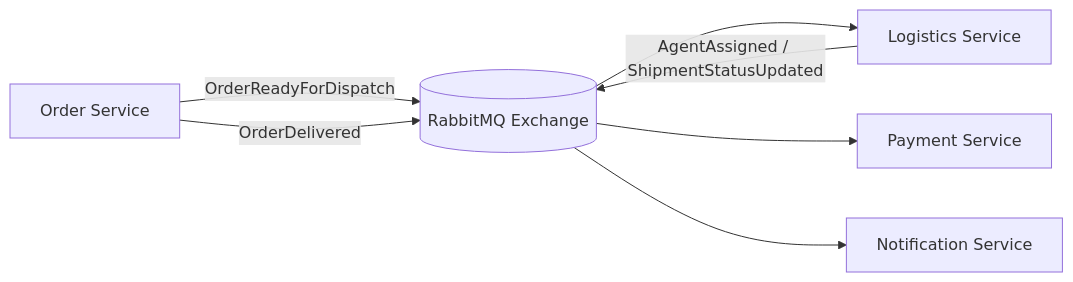
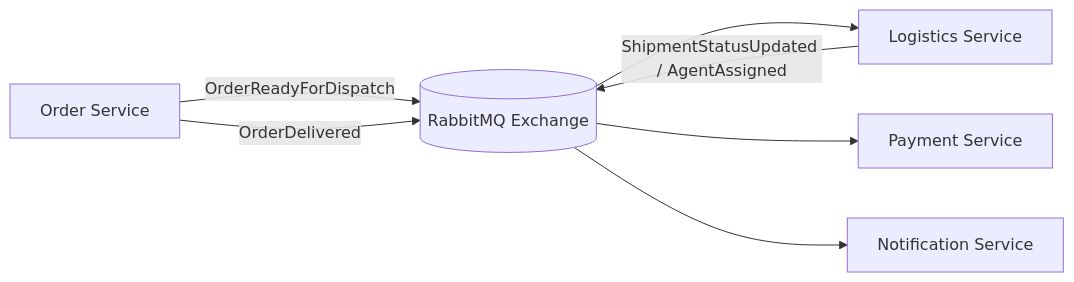
The third of 3 diagrams in docs/HLD.md (srikaran3004/Enterprise-B2B-Supply-Chain-Platform), drawn with Mermaid before and after one commit. The commit also changed other lines of this file and 3 other files, not shown here.

Commit message:
docs: add architectural diagrams and design documentation for the supply chain platform

````diff
--- a/docs/HLD.md
+++ b/docs/HLD.md
@@ -126,16 +155,16 @@
 ```mermaid
 flowchart LR
     ORD[Order Service]
     LOG[Logistics Service]
     PAY[Payment Service]
     NOTI[Notification Service]
     EX[(RabbitMQ Exchange)]
 
     ORD -- OrderReadyForDispatch --> EX
     ORD -- OrderDelivered --> EX
-    LOG -- AgentAssigned / ShipmentStatusUpdated --> EX
+    LOG -- ShipmentStatusUpdated / AgentAssigned --> EX
 
     EX --> LOG
     EX --> PAY
     EX --> NOTI
 ```
````
